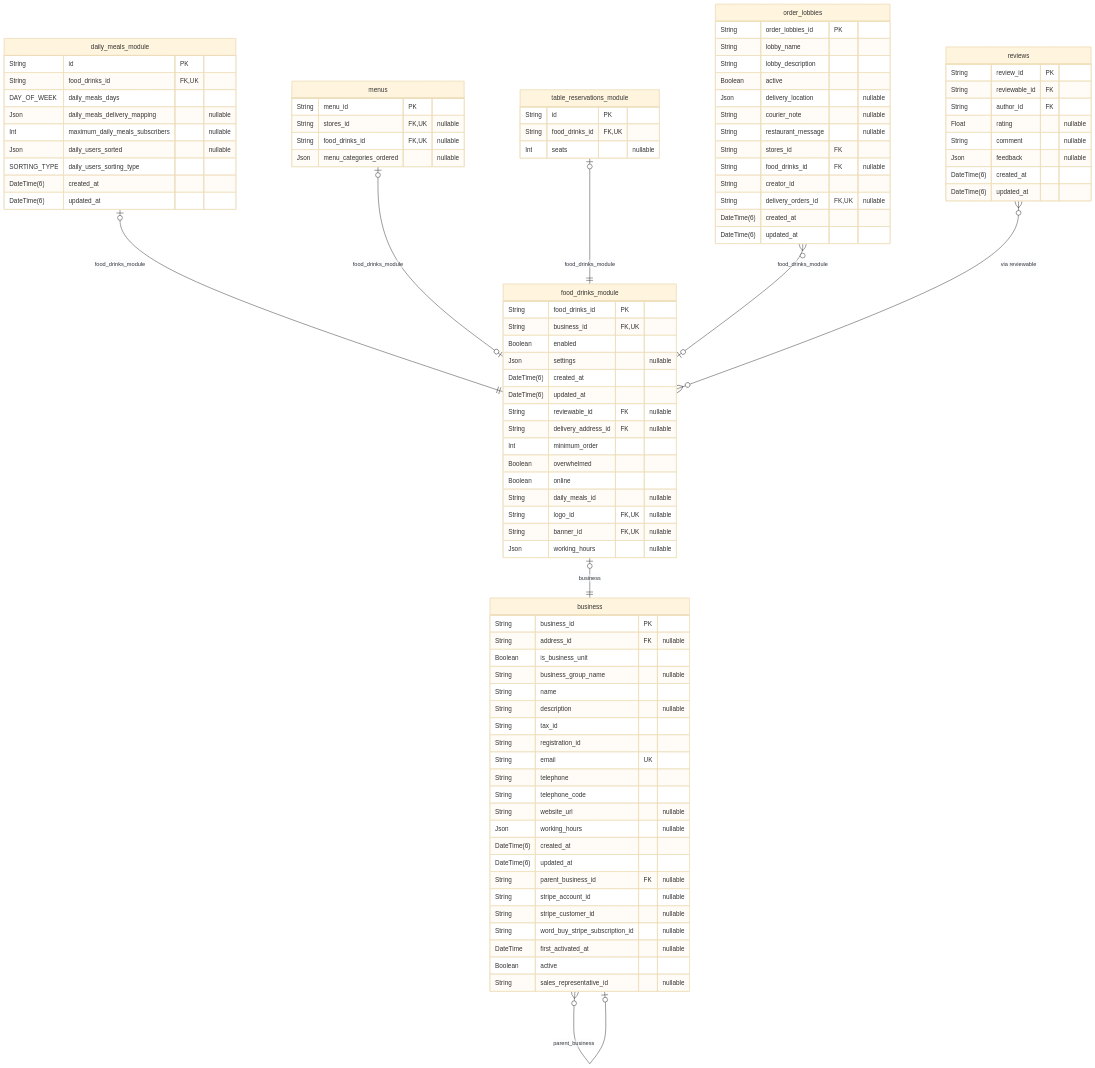
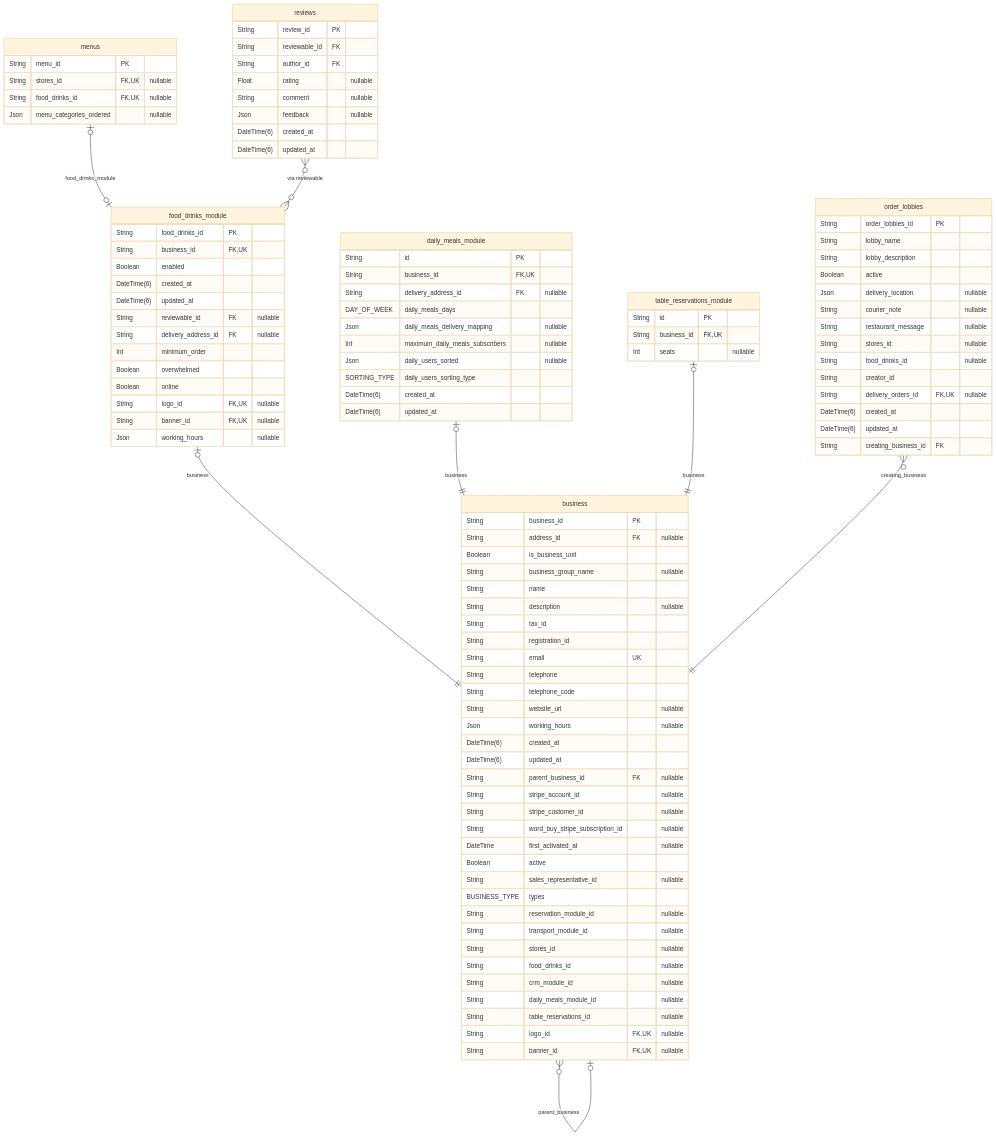
Diagram 23 of 40 in prisma/schemas/ERD.md (pbozic/be-analyisis), drawn with Mermaid (base theme) before and after one commit. The commit also changed other lines of this file and 21 other files, not shown here.

````diff
--- a/prisma/schemas/ERD.md
+++ b/prisma/schemas/ERD.md
@@ -3801,7 +3869,6 @@
   String food_drinks_id PK
   String business_id FK,UK
   Boolean enabled
-  Json settings "nullable"
   DateTime(6) created_at
   DateTime(6) updated_at
   String reviewable_id FK "nullable"
@@ -3809,7 +3876,6 @@
   Int minimum_order
   Boolean overwhelmed
   Boolean online
-  String daily_meals_id "nullable"
   String logo_id FK,UK "nullable"
   String banner_id FK,UK "nullable"
   Json working_hours "nullable"
@@ -3847,10 +3913,21 @@
   DateTime first_activated_at "nullable"
   Boolean active
   String sales_representative_id "nullable"
+  BUSINESS_TYPE types
+  String reservation_module_id "nullable"
+  String transport_module_id "nullable"
+  String stores_id "nullable"
+  String food_drinks_id "nullable"
+  String crm_module_id "nullable"
+  String daily_meals_module_id "nullable"
+  String table_reservations_id "nullable"
+  String logo_id FK,UK "nullable"
+  String banner_id FK,UK "nullable"
 }
 "daily_meals_module" {
   String id PK
-  String food_drinks_id FK,UK
+  String business_id FK,UK
+  String delivery_address_id FK "nullable"
   DAY_OF_WEEK daily_meals_days
   Json daily_meals_delivery_mapping "nullable"
   Int maximum_daily_meals_subscribers "nullable"
@@ -3867,7 +3944,7 @@
 }
 "table_reservations_module" {
   String id PK
-  String food_drinks_id FK,UK
+  String business_id FK,UK
   Int seats "nullable"
 }
 "order_lobbies" {
@@ -3878,18 +3955,19 @@
   Json delivery_location "nullable"
   String courier_note "nullable"
   String restaurant_message "nullable"
-  String stores_id FK
-  String food_drinks_id FK "nullable"
+  String stores_id "nullable"
+  String food_drinks_id "nullable"
   String creator_id
   String delivery_orders_id FK,UK "nullable"
   DateTime(6) created_at
   DateTime(6) updated_at
+  String creating_business_id FK
 }
 "food_drinks_module" |o--|| "business" : business
 "business" }o--o| "business" : parent_business
-"daily_meals_module" |o--|| "food_drinks_module" : food_drinks_module
+"daily_meals_module" |o--|| "business" : business
 "menus" |o--o| "food_drinks_module" : food_drinks_module
-"table_reservations_module" |o--|| "food_drinks_module" : food_drinks_module
-"order_lobbies" }o--o| "food_drinks_module" : food_drinks_module
+"table_reservations_module" |o--|| "business" : business
+"order_lobbies" }o--|| "business" : creating_business
 "reviews" }o--o{ "food_drinks_module" : "via reviewable"
 ```
````
